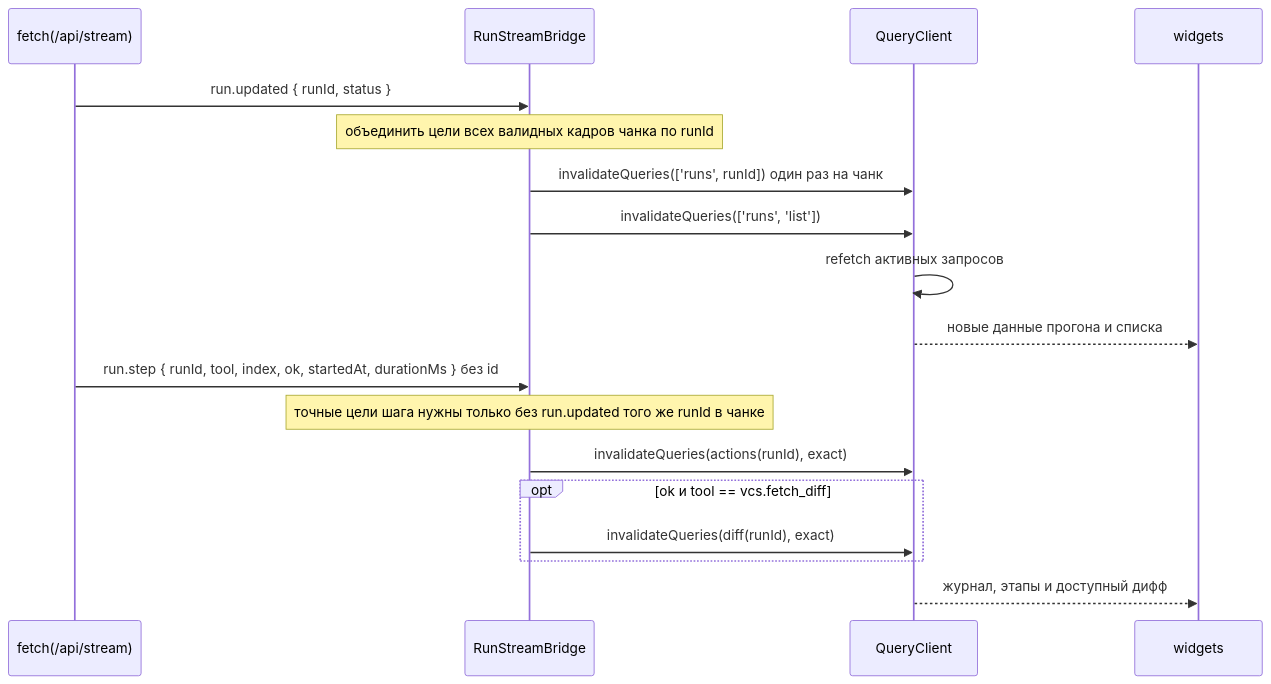
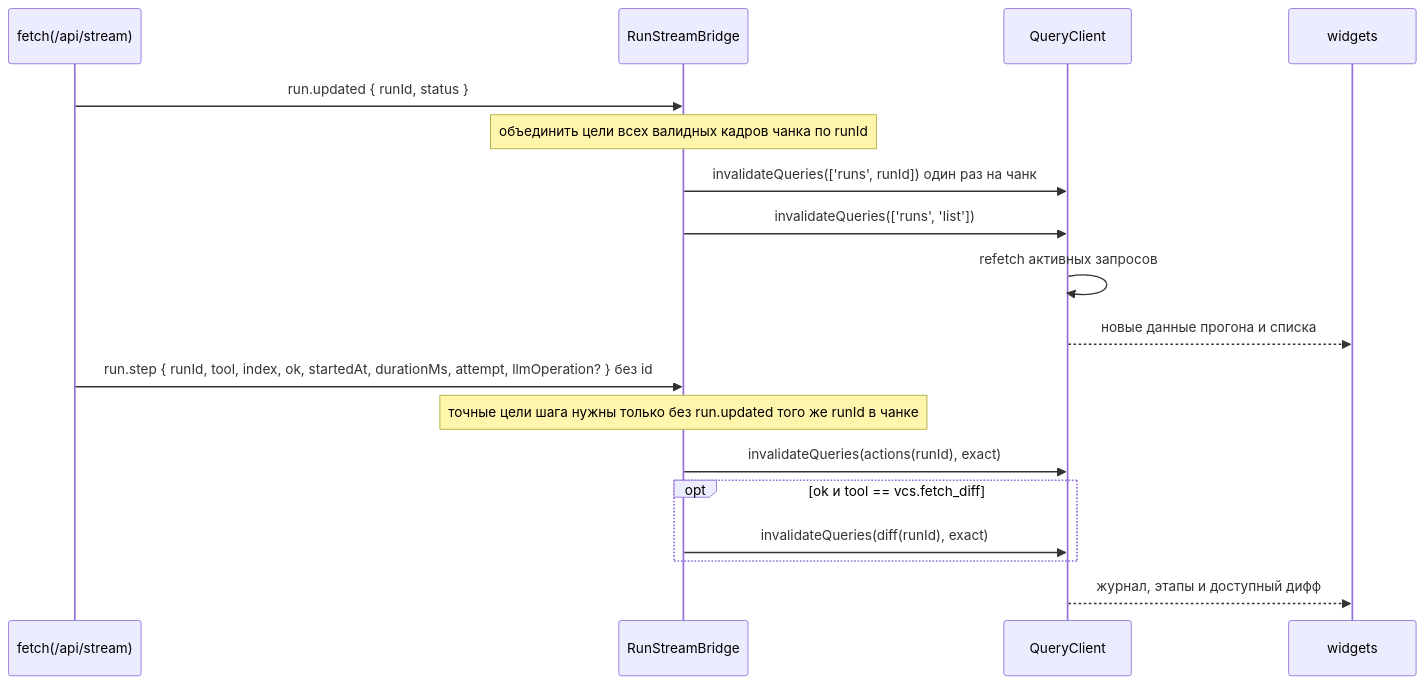
The second of 4 diagrams in docs/FRONTEND_ARCHITECTURE.md (larchanka-training/dmc-268-ui-t6), drawn with Mermaid before and after one commit. The commit also changed other lines of this file and 8 other files, not shown here.

First line of the commit message:
feat(run): add RunStepEvent Zod schema for api#170 (#155)

````diff
--- a/docs/FRONTEND_ARCHITECTURE.md
+++ b/docs/FRONTEND_ARCHITECTURE.md
@@ -1070,21 +1074,21 @@
 ```mermaid
 sequenceDiagram
   participant SSE as fetch(/api/stream)
   participant Bridge as RunStreamBridge
   participant QC as QueryClient
   participant UI as widgets
 
   SSE->>Bridge: run.updated { runId, status }
   Note over Bridge: объединить цели всех валидных кадров чанка по runId
   Bridge->>QC: invalidateQueries(['runs', runId]) один раз на чанк
   Bridge->>QC: invalidateQueries(['runs', 'list'])
   QC->>QC: refetch активных запросов
   QC-->>UI: новые данные прогона и списка
-  SSE->>Bridge: run.step { runId, tool, index, ok, startedAt, durationMs } без id
+  SSE->>Bridge: run.step { runId, tool, index, ok, startedAt, durationMs, attempt, llmOperation? } без id
   Note over Bridge: точные цели шага нужны только без run.updated того же runId в чанке
   Bridge->>QC: invalidateQueries(actions(runId), exact)
   opt ok и tool == vcs.fetch_diff
     Bridge->>QC: invalidateQueries(diff(runId), exact)
   end
   QC-->>UI: журнал, этапы и доступный дифф
 ```
````
